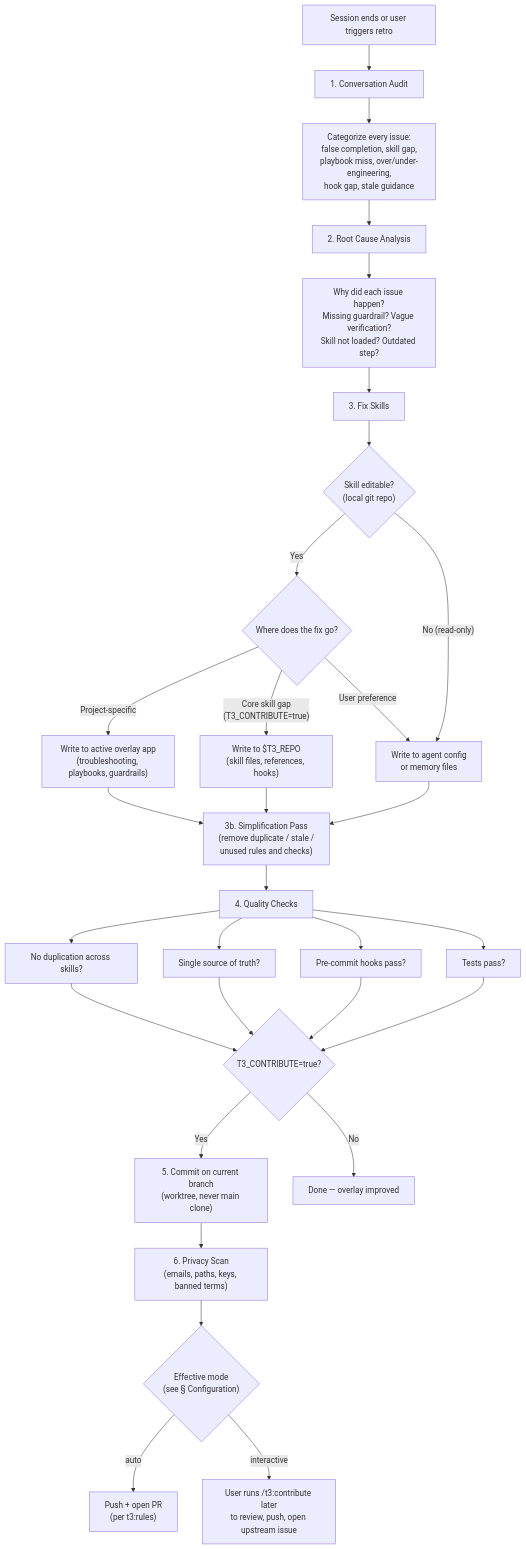
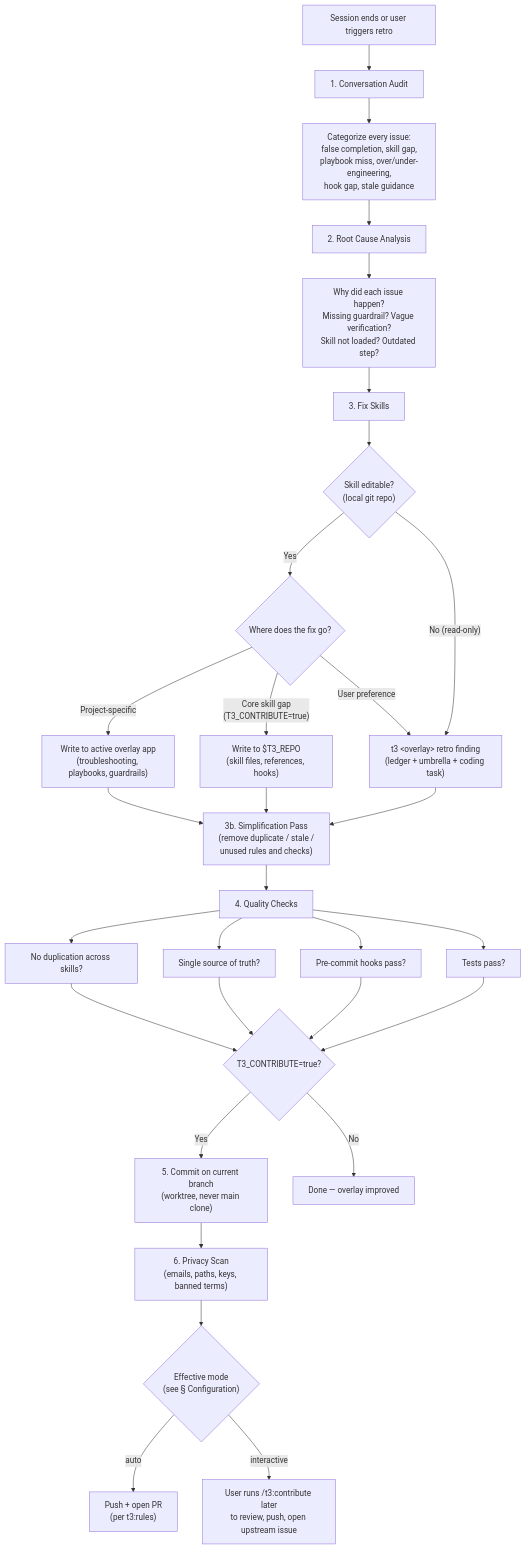
One commit to souliane/teatree changed the diagram in skills/retro/SKILL.md. Above: the diagram before and after it, drawn with Mermaid. The commit also changed other lines of this file and 2226 other files, not shown here.

````diff
--- a/skills/retro/SKILL.md
+++ b/skills/retro/SKILL.md
@@ -157,34 +157,34 @@
 ```mermaid
 flowchart TD
   A["Session ends or user triggers retro"] --> B["1. Conversation Audit"]
   B --> C["Categorize every issue:<br/>false completion, skill gap,<br/>playbook miss, over/under-engineering,<br/>hook gap, stale guidance"]
 
   C --> D["2. Root Cause Analysis"]
   D --> E["Why did each issue happen?<br/>Missing guardrail? Vague verification?<br/>Skill not loaded? Outdated step?"]
 
   E --> F["3. Fix Skills"]
   F --> EA{"Skill editable?<br/>(local git repo)"}
 
   EA -->|"Yes"| G{"Where does the fix go?"}
-  EA -->|"No (read-only)"| J["Write to agent config<br/>or memory files"]
+  EA -->|"No (read-only)"| J["t3 &lt;overlay&gt; retro finding<br/>(ledger + umbrella + coding task)"]
 
   G -->|"Project-specific"| H["Write to active overlay app<br/>(troubleshooting, playbooks, guardrails)"]
   G -->|"Core skill gap<br/>(T3_CONTRIBUTE=true)"| I["Write to $T3_REPO<br/>(skill files, references, hooks)"]
   G -->|"User preference"| J
 
   H & I & J --> SIMP["3b. Simplification Pass<br/>(remove duplicate / stale /<br/>unused rules and checks)"]
   SIMP --> K["4. Quality Checks"]
   K --> L["No duplication across skills?"]
   K --> M["Single source of truth?"]
   K --> N["Pre-commit hooks pass?"]
   K --> O["Tests pass?"]
 
   L & M & N & O --> P{"T3_CONTRIBUTE=true?"}
   P -->|"Yes"| Q["5. Commit on current branch<br/>(worktree, never main clone)"]
   P -->|"No"| R["Done — overlay improved"]
 
   Q --> S["6. Privacy Scan<br/>(emails, paths, keys, banned terms)"]
   S --> MODE{"Effective mode<br/>(see § Configuration)"}
   MODE -->|"auto"| PUSH["Push + open PR<br/>(per t3:rules)"]
   MODE -->|"interactive"| CONTRIB["User runs /t3:contribute later<br/>to review, push, open upstream issue"]
 ```
````
